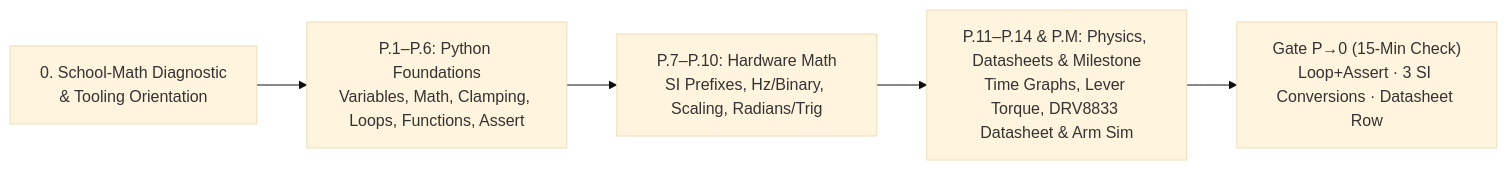
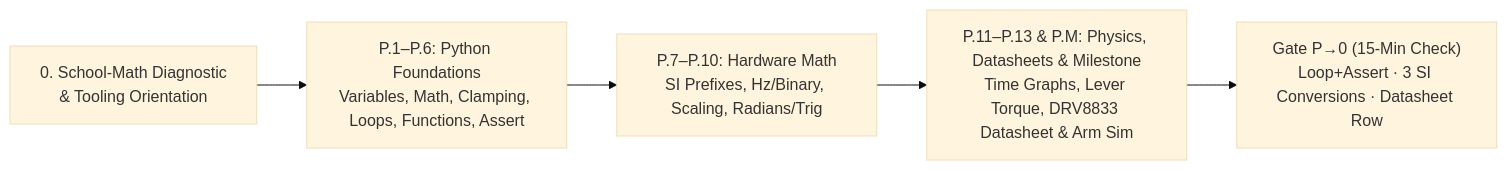
The diagram in track-p/README.md (TLE47/Mechatronics-Roadmap), drawn with Mermaid (base theme) before and after one commit. The commit also changed other lines of this file and 51 other files, not shown here.

````diff
--- a/track-p/README.md
+++ b/track-p/README.md
@@ -5,7 +5,7 @@
 ```mermaid
 flowchart LR
     Diag["0. School-Math Diagnostic<br/>& Tooling Orientation"] --> Py["P.1–P.6: Python Foundations<br/>Variables, Math, Clamping, Loops, Functions, Assert"]
     Py --> Math["P.7–P.10: Hardware Math<br/>SI Prefixes, Hz/Binary, Scaling, Radians/Trig"]
-    Math --> Phys["P.11–P.14 & P.M: Physics, Datasheets & Milestone<br/>Time Graphs, Lever Torque, DRV8833 Datasheet & Arm Sim"]
+    Math --> Phys["P.11–P.13 & P.M: Physics, Datasheets & Milestone<br/>Time Graphs, Lever Torque, DRV8833 Datasheet & Arm Sim"]
     Phys --> GateP0["Gate P→0 (15-Min Check)<br/>Loop+Assert · 3 SI Conversions · Datasheet Row"]
 ```
````
